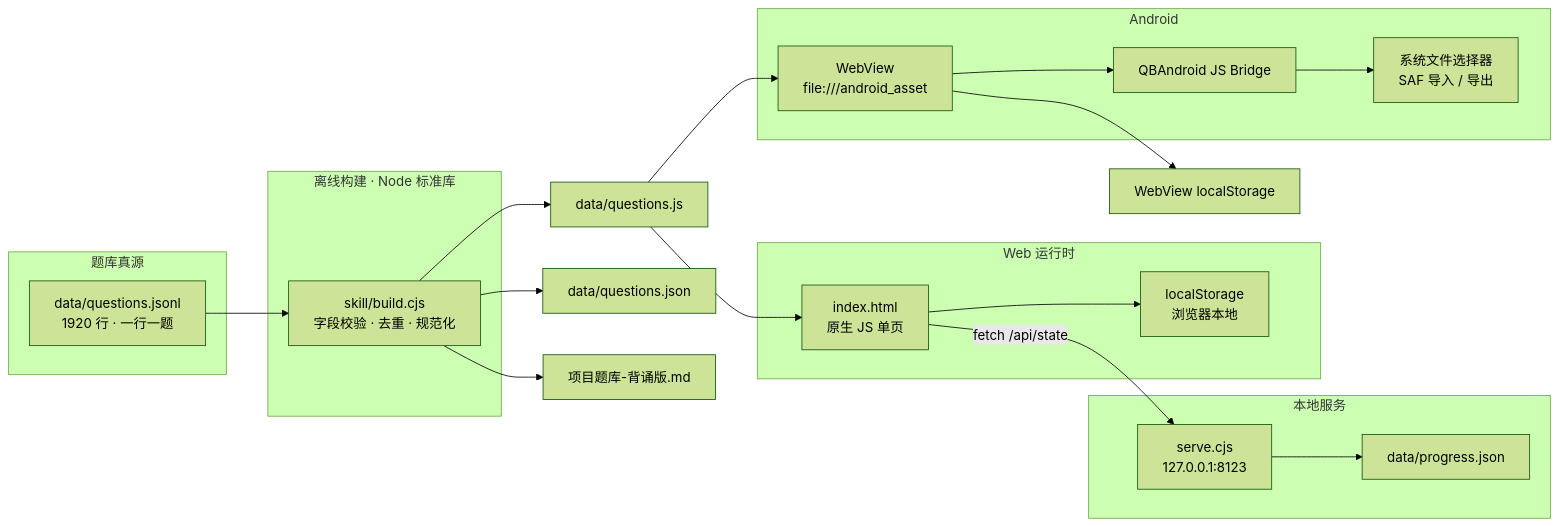
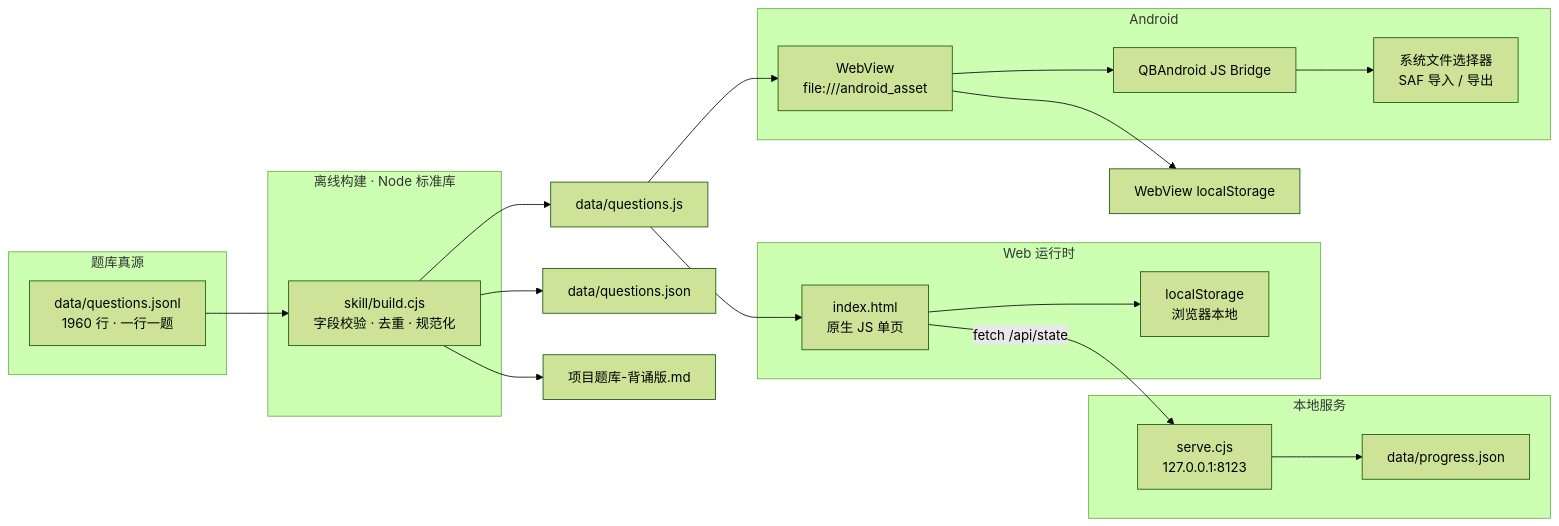
The diagram in README.md (lookforwardforever/question-bank), drawn with Mermaid (forest theme) before and after one commit. The commit also changed other lines of this file and 7 other files, not shown here.

````diff
--- a/README.md
+++ b/README.md
@@ -245,41 +245,41 @@
 ```mermaid
 flowchart LR
     subgraph SRC["题库真源"]
-        J["data/questions.jsonl<br/>1920 行 · 一行一题"]
+        J["data/questions.jsonl<br/>1960 行 · 一行一题"]
     end
 
     subgraph BUILD["离线构建 · Node 标准库"]
         B["skill/build.cjs<br/>字段校验 · 去重 · 规范化"]
     end
 
     subgraph WEB["Web 运行时"]
         H["index.html<br/>原生 JS 单页"]
         LS["localStorage<br/>浏览器本地"]
     end
 
     subgraph SERVER["本地服务"]
         S["serve.cjs<br/>127.0.0.1:8123"]
         P["data/progress.json"]
     end
 
     subgraph ANDROID["Android"]
         W["WebView<br/>file:///android_asset"]
         BR["QBAndroid JS Bridge"]
         SAF["系统文件选择器<br/>SAF 导入 / 导出"]
     end
 
     J --> B
     B --> QJS["data/questions.js"]
     B --> QJ["data/questions.json"]
     B --> MD["项目题库-背诵版.md"]
 
     QJS --> H
     H --> LS
     H -->|"fetch /api/state"| S
     S --> P
 
     QJS --> W
     W --> LS2["WebView localStorage"]
     W --> BR
     BR --> SAF
 ```
````
